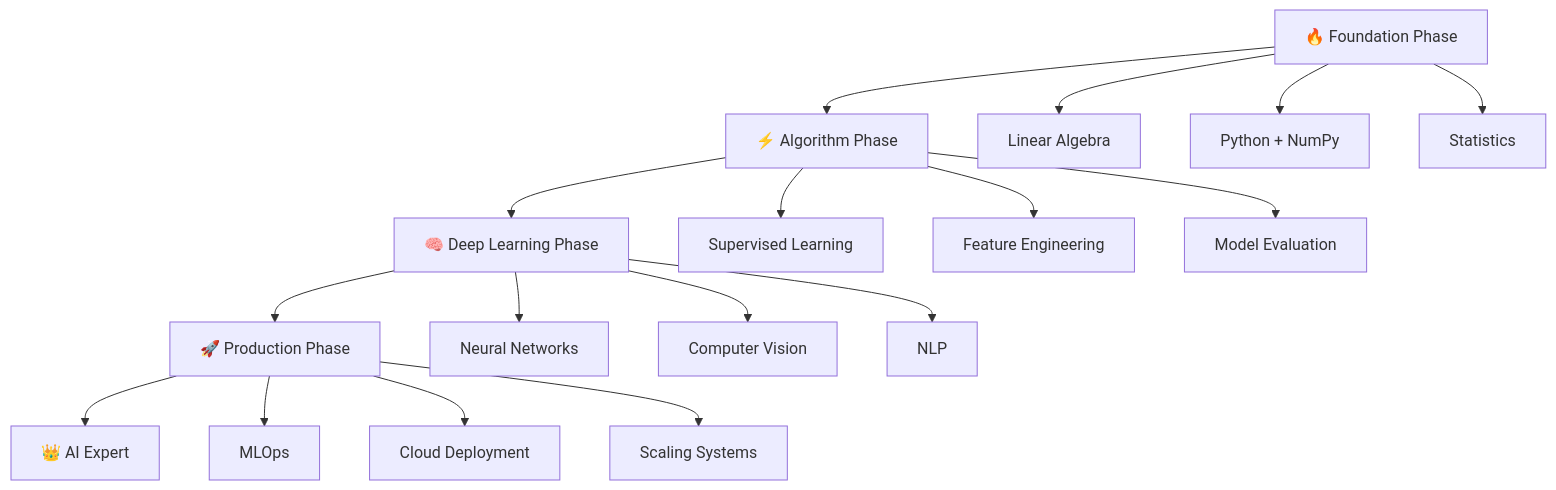
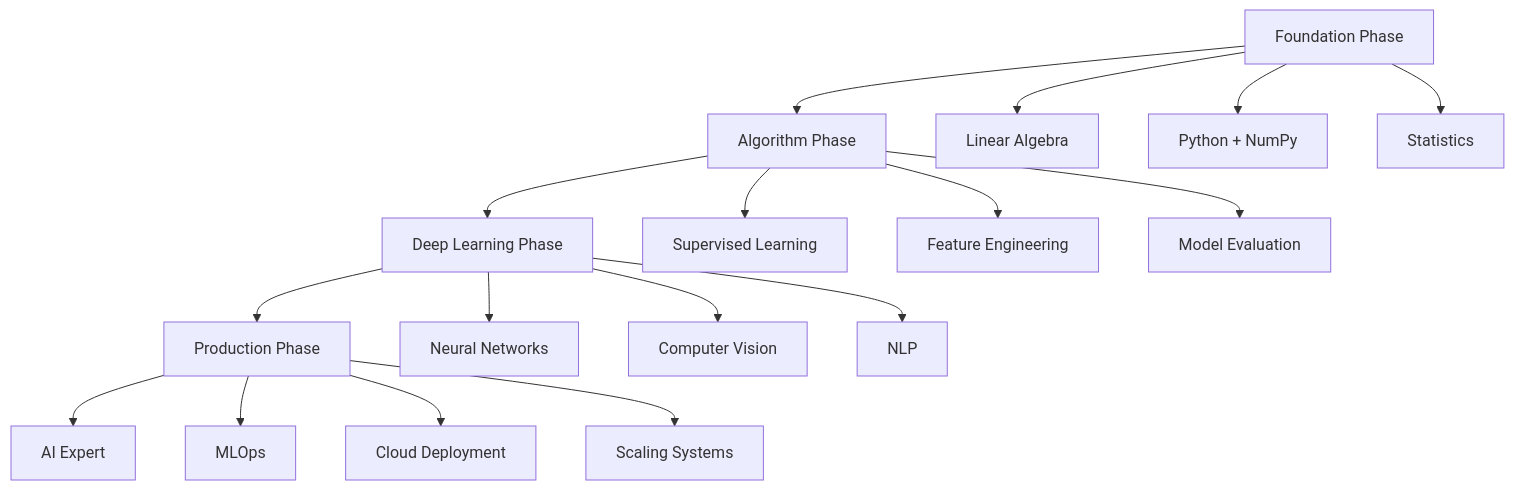
Before and after one commit to pyritomath/pyritomath: the diagram in README.md, drawn with Mermaid. The commit also changed other lines of this file, not shown here.

````diff
--- a/README.md
+++ b/README.md
@@ -65,23 +65,23 @@
 ```mermaid
 graph TD
-    A[🔥 Foundation Phase] --> B[⚡ Algorithm Phase]
-    B --> C[🧠 Deep Learning Phase]
-    C --> D[🚀 Production Phase]
-    D --> E[👑 AI Expert]
+    A[ Foundation Phase] --> B[ Algorithm Phase]
+    B --> C[ Deep Learning Phase]
+    C --> D[ Production Phase]
+    D --> E[ AI Expert]
     
     A --> A1[Linear Algebra]
     A --> A2[Python + NumPy]
     A --> A3[Statistics]
     
     B --> B1[Supervised Learning]
     B --> B2[Feature Engineering]
     B --> B3[Model Evaluation]
     
     C --> C1[Neural Networks]
     C --> C2[Computer Vision]
     C --> C3[NLP]
     
     D --> D1[MLOps]
     D --> D2[Cloud Deployment]
     D --> D3[Scaling Systems]
 ```
````
